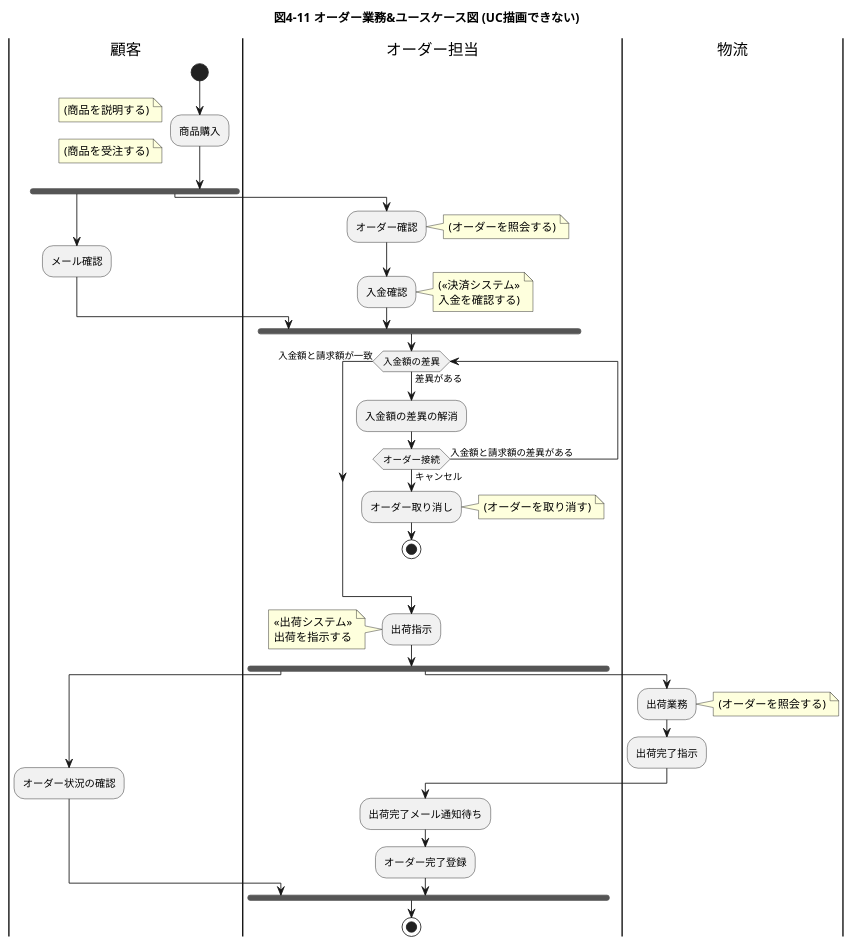
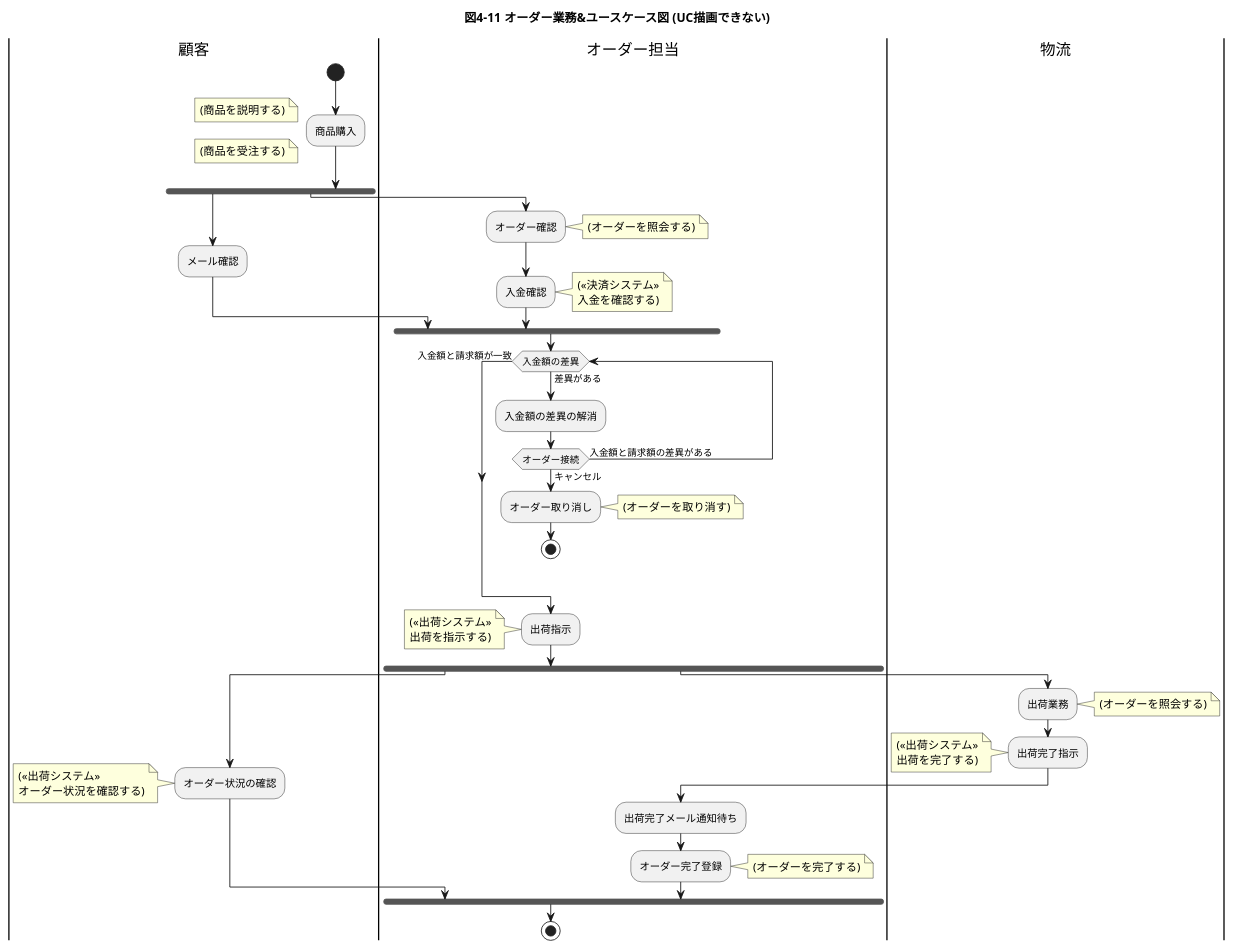
Before and after one commit to eyasuyuki/rdra-example: the diagram in chap04/4-11.puml, drawn with PlantUML. The commit also changed 4 other files, not shown here.

```diff
--- a/chap04/4-11.puml
+++ b/chap04/4-11.puml
@@ -1,41 +1,44 @@
 @startuml
 title 図4-11 オーダー業務&ユースケース図 (UC描画できない)
 |顧客|
 start
 :商品購入;
 note left: (商品を説明する)
 note left: (商品を受注する)
 fork
     :メール確認;
 |オーダー担当|
 fork again
     :オーダー確認;
     note right: (オーダーを照会する)
     :入金確認;
     note right: (<<決済システム>>\n入金を確認する)
 end fork
 while (入金額の差異) is (差異がある)
     :入金額の差異の解消;
     if (オーダー接続) is (キャンセル) then
         :オーダー取り消し;
         note right: (オーダーを取り消す)
         stop
     else (入金額と請求額の差異がある)
     endif
 endwhile (入金額と請求額が一致)
 :出荷指示;
-note left: <<出荷システム>>\n出荷を指示する
+note left: (<<出荷システム>>\n出荷を指示する)
 fork
 |顧客|
 :オーダー状況の確認;
+note left: (<<出荷システム>>\nオーダー状況を確認する)
 fork again
 |物流|
 :出荷業務;
 note right: (オーダーを照会する)
 :出荷完了指示;
+note : (<<出荷システム>>\n出荷を完了する)
 |オーダー担当|
 :出荷完了メール通知待ち;
 :オーダー完了登録;
+note right: (オーダーを完了する)
 endfork
 stop
 @enduml
```
